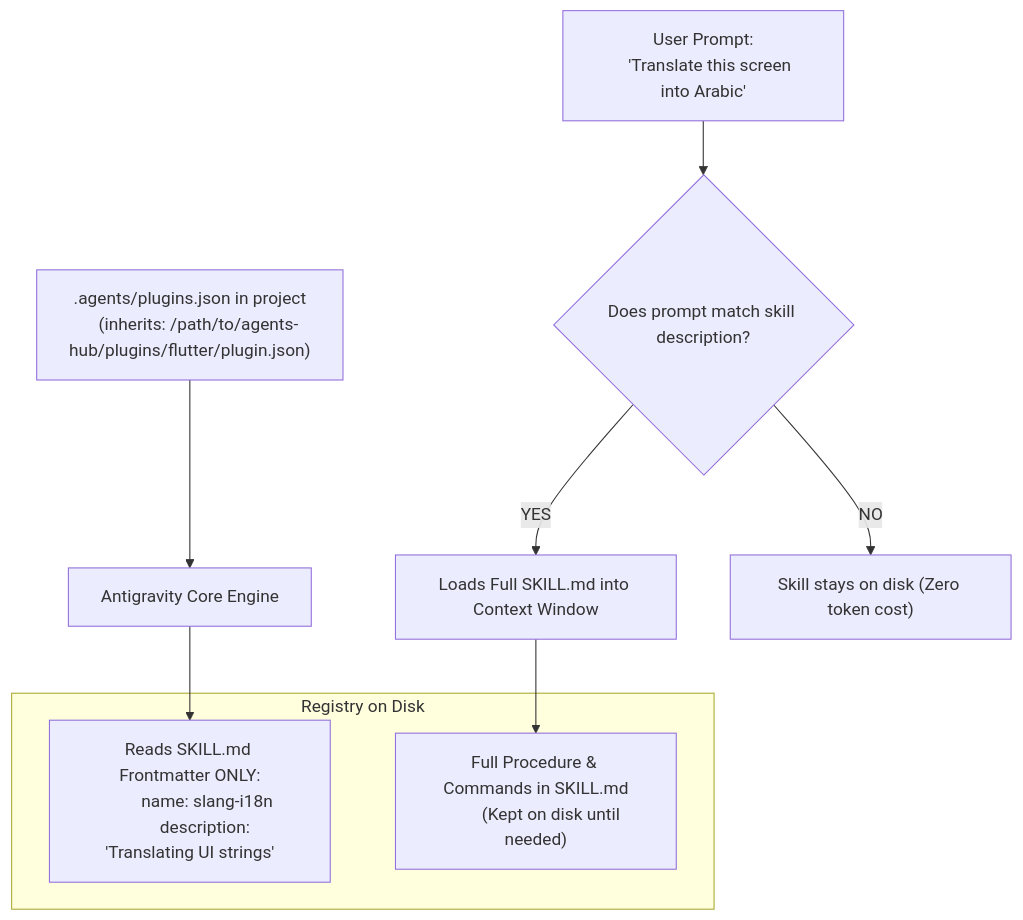
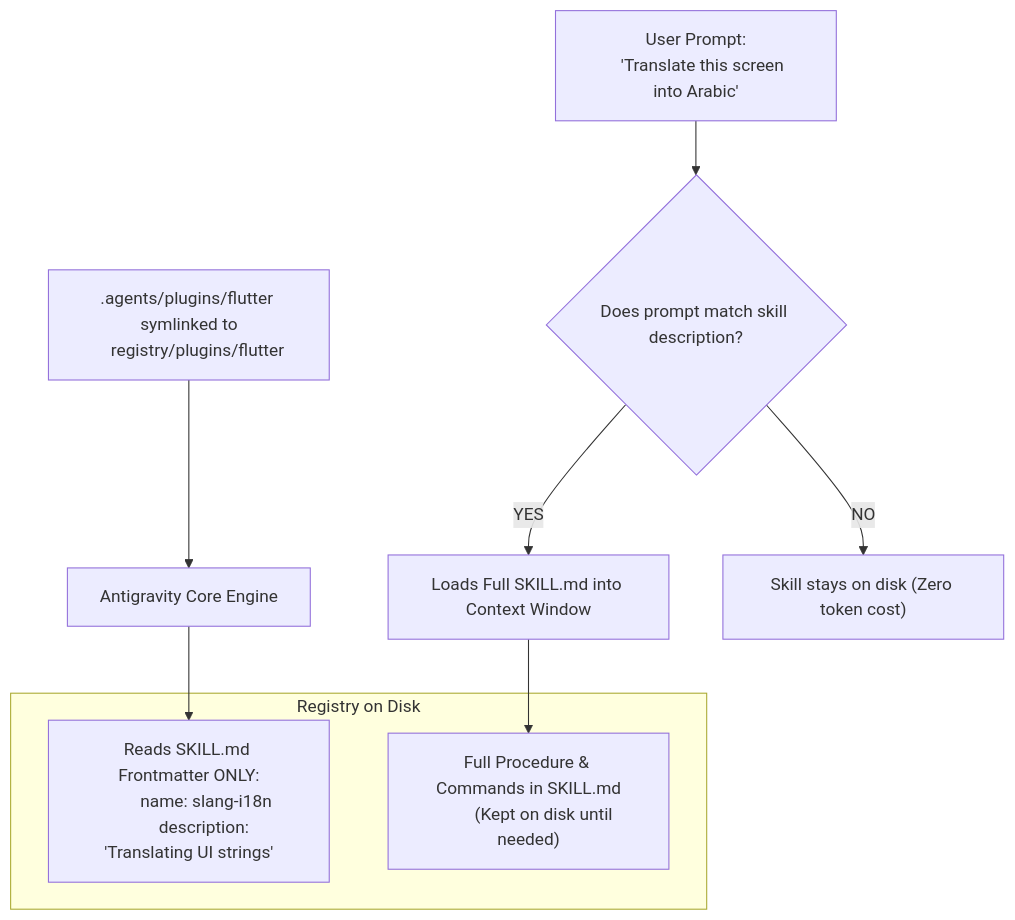
The first of 2 diagrams in docs/architecture.md (Jerinji2016/agents-registry), drawn with Mermaid before and after one commit. The commit also changed other lines of this file and 13 other files, not shown here.

````diff
--- a/docs/architecture.md
+++ b/docs/architecture.md
@@ -70,26 +72,26 @@
 ```mermaid
 flowchart TD
-    Proj[".agents/plugins.json in project
-    (inherits: /path/to/agents-hub/plugins/flutter/plugin.json)"]
+    Proj[".agents/plugins/flutter symlinked to
+    registry/plugins/flutter"]
     
     Engine["Antigravity Core Engine"]
     
     subgraph RegistryDisk ["Registry on Disk"]
         Meta["Reads SKILL.md Frontmatter ONLY:
         name: slang-i18n
         description: 'Translating UI strings'"]
         FullBody["Full Procedure & Commands in SKILL.md
         (Kept on disk until needed)"]
     end
     
     Proj --> Engine
     Engine --> Meta
     
     UserPrompt["User Prompt:
     'Translate this screen into Arabic'"] --> Match{"Does prompt match skill description?"}
     
     Match -->|YES| Load["Loads Full SKILL.md into Context Window"]
     Match -->|NO| Sleep["Skill stays on disk (Zero token cost)"]
     
     Load --> FullBody
 ```
````
